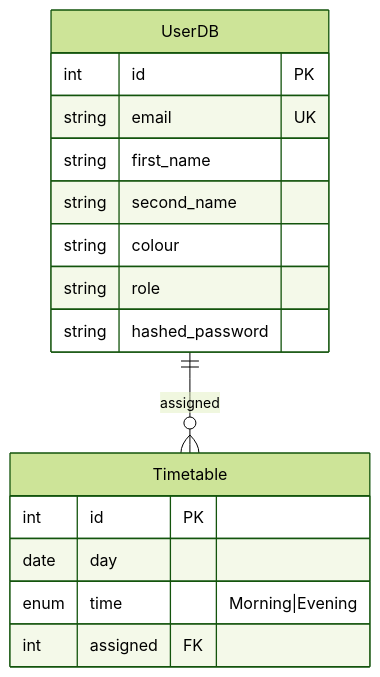
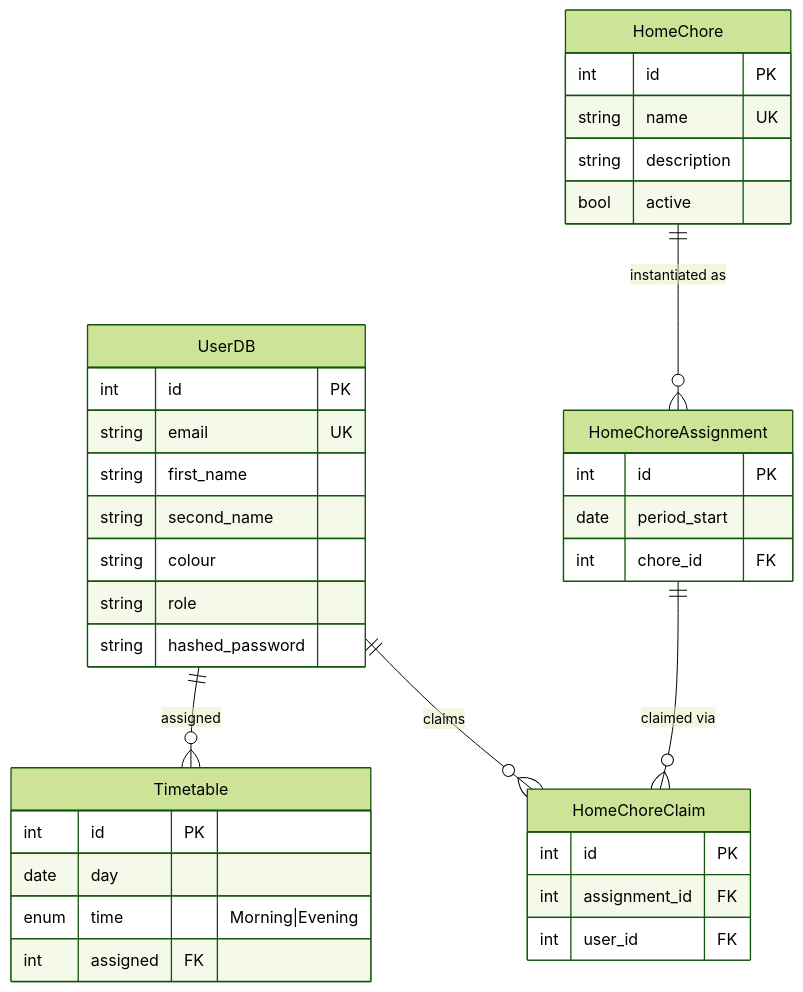
Before and after one commit to deej-tsn/chores: the diagram in BE/README.md, drawn with Mermaid (forest theme). The commit also changed other lines of this file and 6 other files, not shown here.

````diff
--- a/BE/README.md
+++ b/BE/README.md
@@ -29,15 +29,28 @@
 ```mermaid
 erDiagram
     UserDB ||--o{ Timetable : assigned
+    UserDB ||--o{ HomeChoreClaim : claims
+    HomeChore ||--o{ HomeChoreAssignment : "instantiated as"
+    HomeChoreAssignment ||--o{ HomeChoreClaim : "claimed via"
     UserDB { int id PK
              string email UK
              string first_name
              string second_name
              string colour
              string role
              string hashed_password }
     Timetable { int id PK
                 date day
                 enum time "Morning|Evening"
                 int assigned FK }
+    HomeChore { int id PK
+                string name UK
+                string description
+                bool active }
+    HomeChoreAssignment { int id PK
+                          date period_start
+                          int chore_id FK }
+    HomeChoreClaim { int id PK
+                     int assignment_id FK
+                     int user_id FK }
 ```
````
